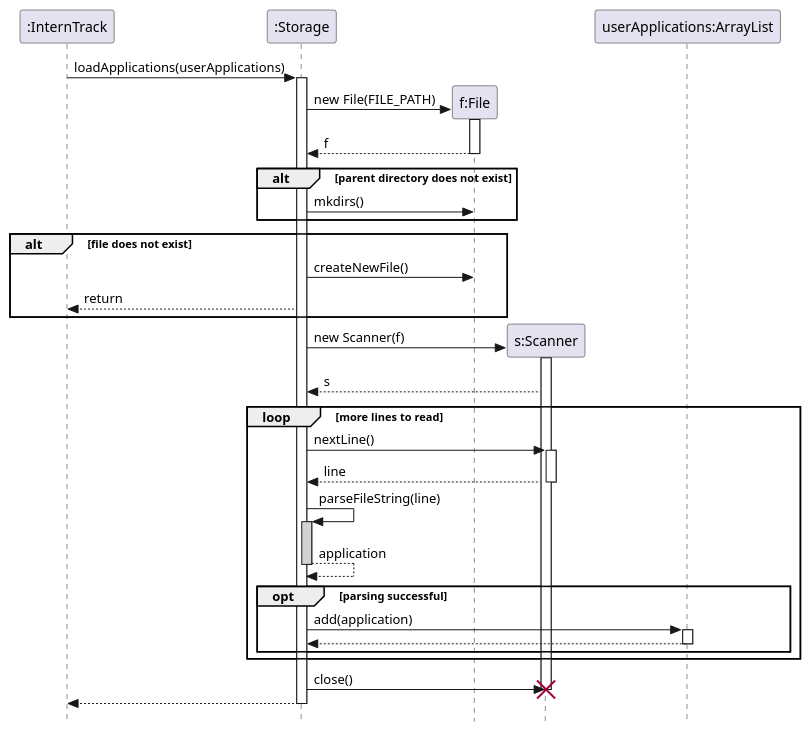
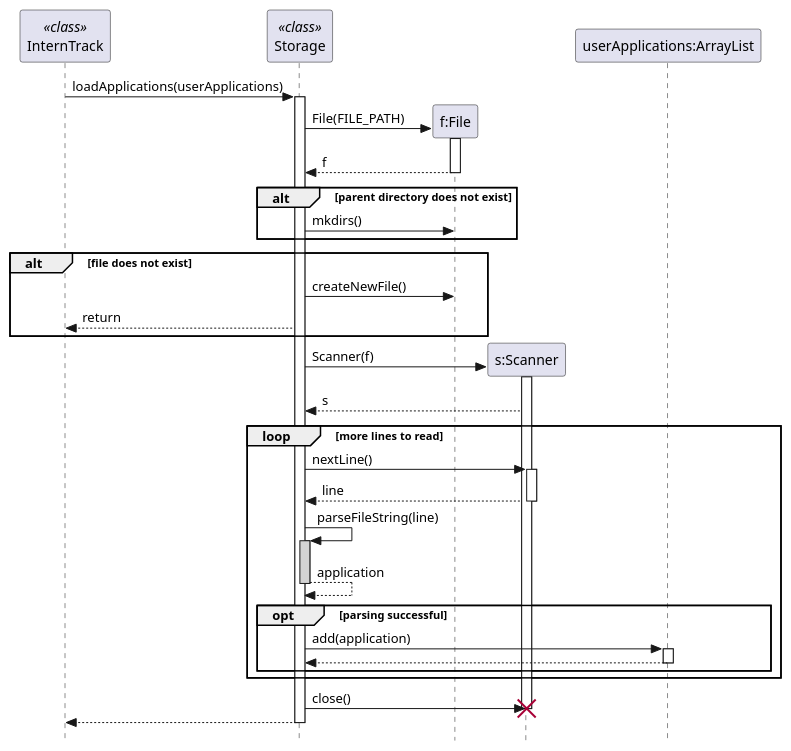
Before and after one commit to BaoLam194/tp: the diagram in docs/diagrams/load_sequence_diag.puml, drawn with PlantUML. The commit also changed 6 other files, not shown here.

Commit message:
Update sequence diagrams to accurately reflect static methods

```diff
--- a/docs/diagrams/load_sequence_diag.puml
+++ b/docs/diagrams/load_sequence_diag.puml
@@ -1,55 +1,55 @@
 @startuml
 skinparam style strictuml
 
-participant ":InternTrack" as main
-participant ":Storage" as storage
+participant "InternTrack" as main <<class>>
+participant "Storage" as storage <<class>>
 participant "f:File" as file
 participant "s:Scanner" as scanner
 participant "userApplications:ArrayList" as list
 
 main -> storage : loadApplications(userApplications)
 activate storage
 
-storage -> file ** : new File(FILE_PATH)
+storage -> file ** : File(FILE_PATH)
 activate file
 file --> storage : f
 deactivate file
 
 alt parent directory does not exist
     storage -> file : mkdirs()
 end
 
 alt file does not exist
     storage -> file : createNewFile()
     storage --> main : return
 end
 
-storage -> scanner ** : new Scanner(f)
+storage -> scanner ** : Scanner(f)
 activate scanner
 scanner --> storage : s
 
 loop more lines to read
     storage -> scanner : nextLine()
     activate scanner
     scanner --> storage : line
     deactivate scanner
 
     storage -> storage : parseFileString(line)
     activate storage #LightGray
     storage --> storage : application
     deactivate storage
 
     opt parsing successful
         storage -> list : add(application)
         activate list
         list --> storage
         deactivate list
     end
 end
 
 storage -> scanner : close()
 destroy scanner
 
 storage --> main
 deactivate storage
 @enduml
```
